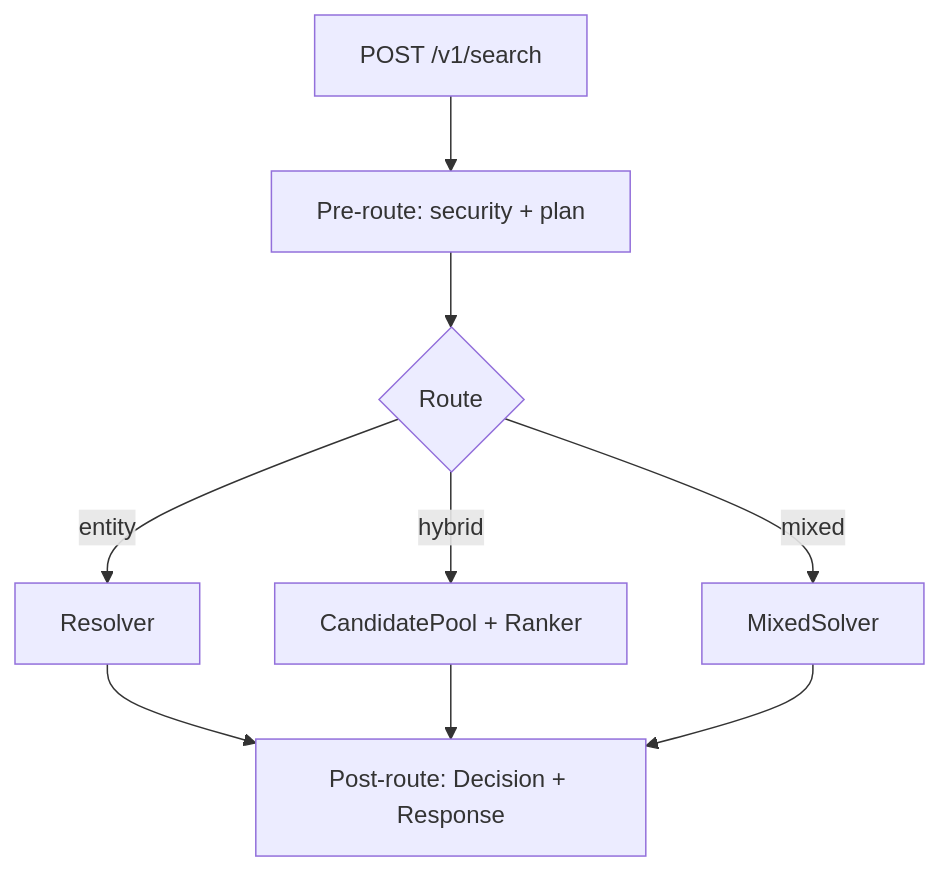
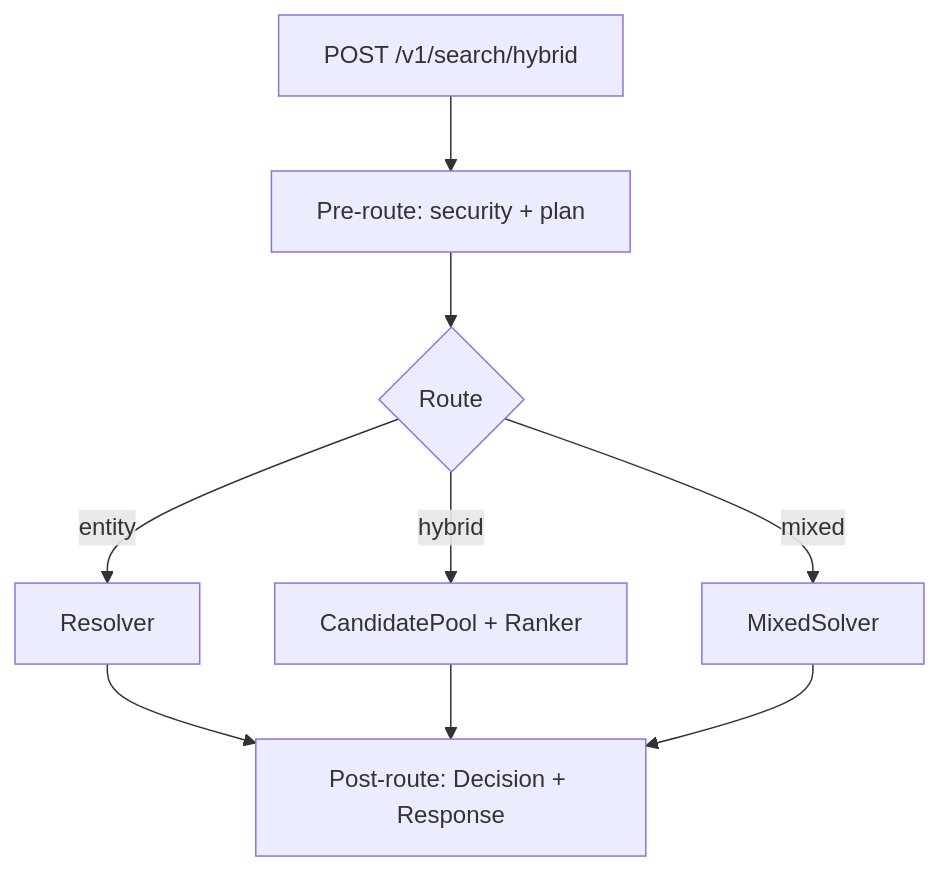
The diagram in README.md (josongmin/wine-search-engine), drawn with Mermaid before and after one commit. The commit also changed other lines of this file and 271 other files, not shown here.

````diff
--- a/README.md
+++ b/README.md
@@ -121,11 +115,11 @@
 ```mermaid
 flowchart TD
-  A[POST /v1/search] --> B[Pre-route: security + plan]
+  A[POST /v1/search/hybrid] --> B[Pre-route: security + plan]
   B --> C{Route}
   C -->|entity| D[Resolver]
   C -->|hybrid| E[CandidatePool + Ranker]
   C -->|mixed| F[MixedSolver]
   D --> G[Post-route: Decision + Response]
   E --> G
   F --> G
 ```
````
